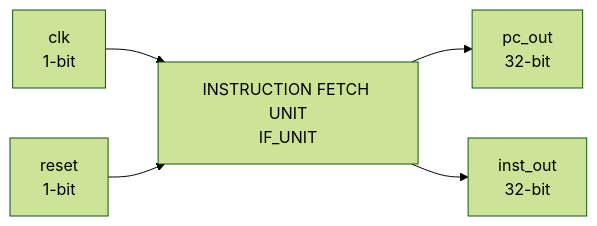
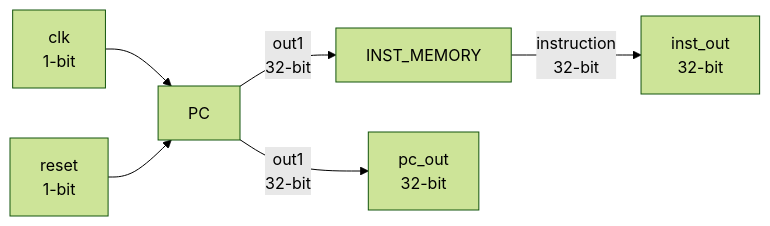
Before and after one commit to hetrupala/RV32I-Processor-Verilog-edition: the first of 4 diagrams in INSTRUCTION FETCH UNIT/README.md, drawn with Mermaid (forest theme). The commit also changed other lines of this file, not shown here.

First line of the commit message:
Revised README for Instruction Fetch Unit clarity

````diff
--- a/INSTRUCTION FETCH UNIT/README.md
+++ b/INSTRUCTION FETCH UNIT/README.md
@@ -11,8 +11,10 @@
 ```mermaid
 flowchart LR
-    CLK["clk<br/>1-bit"] --> IF["INSTRUCTION FETCH UNIT<br/>IF_UNIT"]
-    RESET["reset<br/>1-bit"] --> IF
+    CLK["clk<br/>1-bit"] --> PC["PC"]
+    RESET["reset<br/>1-bit"] --> PC
 
-    IF --> PC["pc_out<br/>32-bit"]
-    IF --> INST["inst_out<br/>32-bit"]
+    PC -->|"out1<br/>32-bit"| IM["INST_MEMORY"]
+    IM -->|"instruction<br/>32-bit"| INST["inst_out<br/>32-bit"]
+
+    PC -->|"out1<br/>32-bit"| PCOUT["pc_out<br/>32-bit"]
 ```
````
